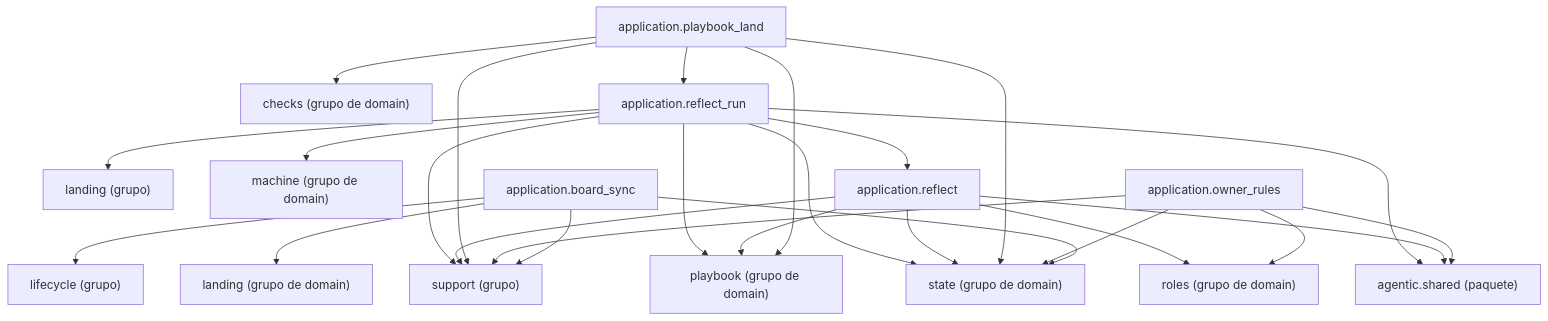
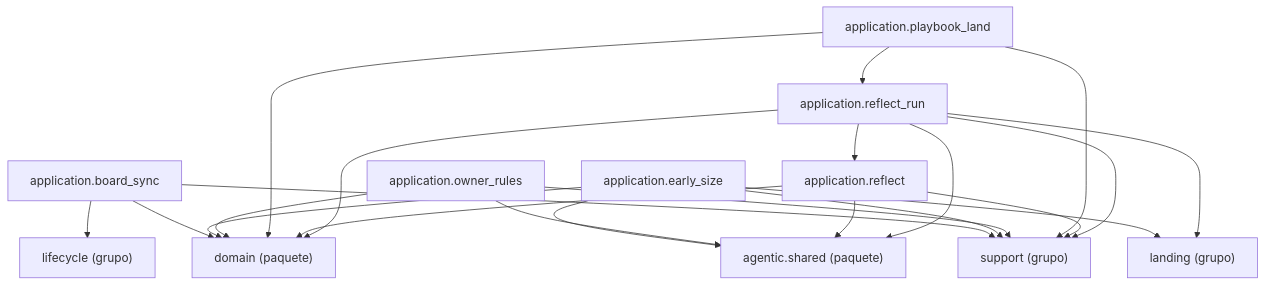
The diagram in docs/architecture/generated/packages-process-application-reflection-1.md (GonzaloZevallos/agentic-system), drawn with Mermaid before and after one commit. The commit also changed other lines of this file and 3 other files, not shown here.

Commit message:
Merge master and fit the application overview in its edge budget: early_size joins the reflection cluster

````diff
--- a/docs/architecture/generated/packages-process-application-reflection-1.md
+++ b/docs/architecture/generated/packages-process-application-reflection-1.md
@@ -18,43 +18,35 @@
 ```mermaid
 graph TD
     g_application__landing["landing (grupo)"]
     g_application__lifecycle["lifecycle (grupo)"]
     g_application__support["support (grupo)"]
-    g_domain__checks["checks (grupo de domain)"]
-    g_domain__landing["landing (grupo de domain)"]
-    g_domain__machine["machine (grupo de domain)"]
-    g_domain__playbook["playbook (grupo de domain)"]
-    g_domain__roles["roles (grupo de domain)"]
-    g_domain__state["state (grupo de domain)"]
     g_pkg__agentic__shared["agentic.shared (paquete)"]
+    g_pkg__domain["domain (paquete)"]
     m_application__board_sync["application.board_sync"]
+    m_application__early_size["application.early_size"]
     m_application__owner_rules["application.owner_rules"]
     m_application__playbook_land["application.playbook_land"]
     m_application__reflect["application.reflect"]
     m_application__reflect_run["application.reflect_run"]
     m_application__board_sync --> g_application__lifecycle
     m_application__board_sync --> g_application__support
-    m_application__board_sync --> g_domain__landing
-    m_application__board_sync --> g_domain__state
+    m_application__board_sync --> g_pkg__domain
+    m_application__early_size --> g_application__landing
+    m_application__early_size --> g_application__support
+    m_application__early_size --> g_pkg__agentic__shared
+    m_application__early_size --> g_pkg__domain
     m_application__owner_rules --> g_application__support
-    m_application__owner_rules --> g_domain__roles
-    m_application__owner_rules --> g_domain__state
     m_application__owner_rules --> g_pkg__agentic__shared
+    m_application__owner_rules --> g_pkg__domain
     m_application__playbook_land --> g_application__support
-    m_application__playbook_land --> g_domain__checks
-    m_application__playbook_land --> g_domain__playbook
-    m_application__playbook_land --> g_domain__state
+    m_application__playbook_land --> g_pkg__domain
     m_application__playbook_land --> m_application__reflect_run
     m_application__reflect --> g_application__support
-    m_application__reflect --> g_domain__playbook
-    m_application__reflect --> g_domain__roles
-    m_application__reflect --> g_domain__state
     m_application__reflect --> g_pkg__agentic__shared
+    m_application__reflect --> g_pkg__domain
     m_application__reflect_run --> g_application__landing
     m_application__reflect_run --> g_application__support
-    m_application__reflect_run --> g_domain__machine
-    m_application__reflect_run --> g_domain__playbook
-    m_application__reflect_run --> g_domain__state
     m_application__reflect_run --> g_pkg__agentic__shared
+    m_application__reflect_run --> g_pkg__domain
     m_application__reflect_run --> m_application__reflect
 ```
````
